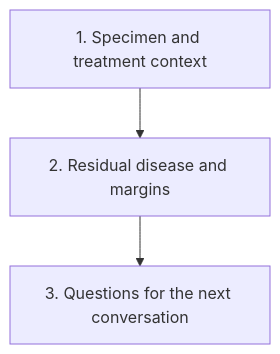
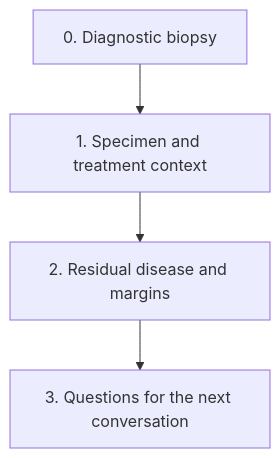
The diagram in wiki/education/guides/reading-pathology-and-surgery-results/index.md (jasonLaster/oncoguide), drawn with Mermaid before and after one commit. The commit also changed other lines of this file and 322 other files, not shown here.

````diff
--- a/wiki/education/guides/reading-pathology-and-surgery-results/index.md
+++ b/wiki/education/guides/reading-pathology-and-surgery-results/index.md
@@ -37,5 +36,6 @@
 ```mermaid
 flowchart TD
-  A[1. Specimen and treatment context] --> B[2. Residual disease and margins]
+  Z[0. Diagnostic biopsy] --> A[1. Specimen and treatment context]
+  A --> B[2. Residual disease and margins]
   B --> C[3. Questions for the next conversation]
 ```
````
